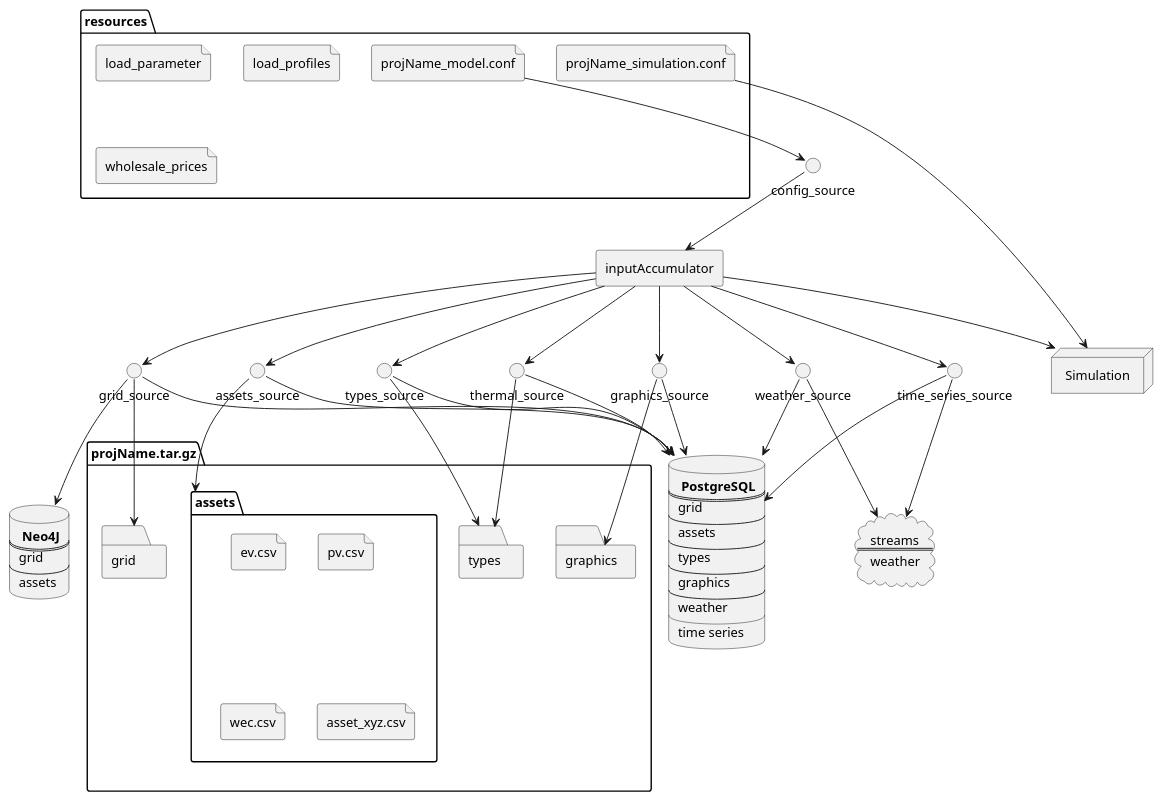
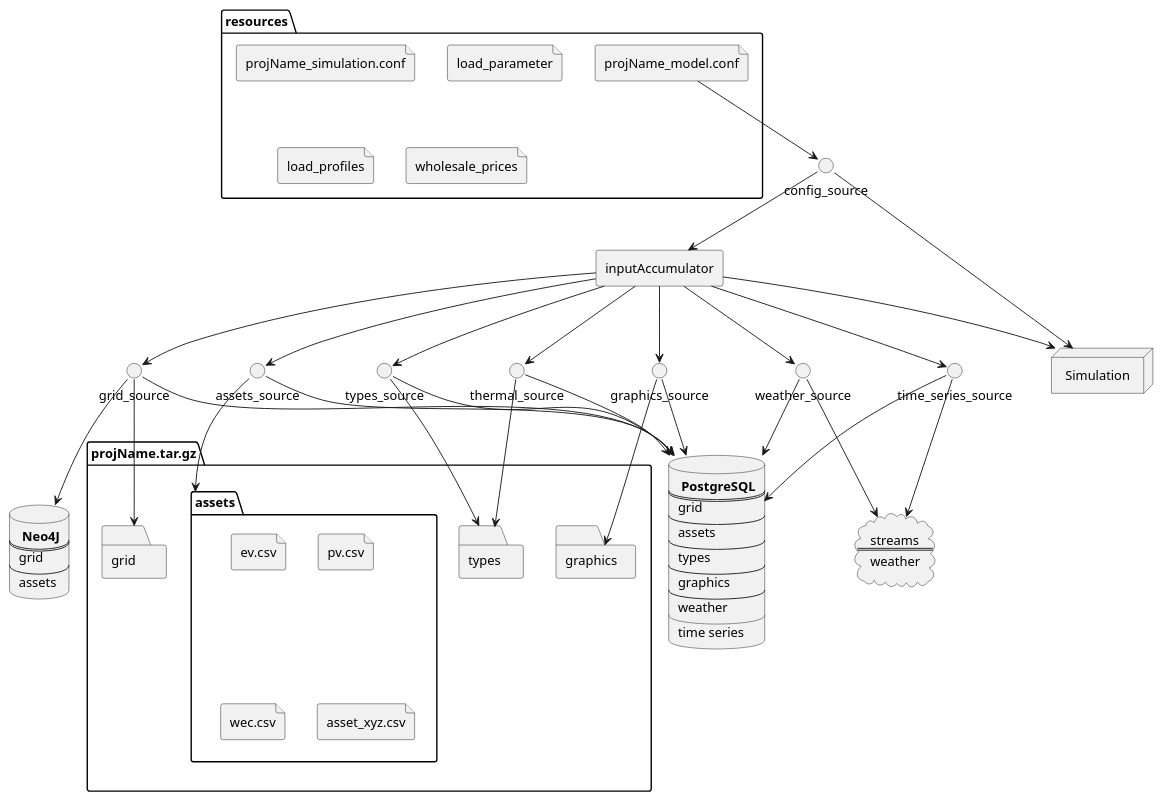
The diagram in docs/uml/main/InputDataDeployment.puml (ie3-institute/PowerSystemDataModel), drawn with PlantUML before and after one commit.

Commit message:
Minor adaption

```diff
--- a/docs/uml/main/InputDataDeployment.puml
+++ b/docs/uml/main/InputDataDeployment.puml
@@ -1,96 +1,96 @@
 @startuml
 database psql [
     <b> PostgreSQL
     ==
     grid
     --
     assets
     --
     types
     --
     graphics
     --
     weather
     __
     time series
 ]
 database neo4j [
     <b> Neo4J
     ==
     grid
     --
     assets
 ]
 folder projName.tar.gz {
 folder assets {
 file ev.csv
 file pv.csv
 file wec.csv
 file asset_xyz.csv
 }
 folder grid
 folder types
 folder graphics
 }
 folder resources {
 file projName_model.conf
 file projName_simulation.conf
 file load_parameter
 file load_profiles
 file wholesale_prices
 }
 cloud streams [
 streams
 ==
 weather
 ]
 interface grid_source
 interface assets_source
 interface types_source
 interface thermal_source
 interface graphics_source
 interface weather_source
 interface time_series_source
 interface config_source
 agent inputAccumulator
 node "Simulation"
 
 grid_source --> psql
 grid_source --> neo4j
 grid_source --> grid
 
 assets_source --> psql
 assets_source --> assets
 
 types_source --> psql
 types_source --> types
 
 thermal_source --> psql
 thermal_source --> types
 
 graphics_source --> psql
 graphics_source --> graphics
 
 weather_source --> psql
 weather_source --> streams
 
 time_series_source --> psql
 time_series_source --> streams
 
 config_source --> inputAccumulator
 
 inputAccumulator --> grid_source
 inputAccumulator --> assets_source
 inputAccumulator --> types_source
 inputAccumulator --> graphics_source
 inputAccumulator --> weather_source
 inputAccumulator --> time_series_source
 inputAccumulator --> thermal_source
 
 projName_model.conf --> config_source
 
-projName_simulation.conf --> Simulation
+config_source --> Simulation
 
 inputAccumulator --> Simulation
 
 @enduml
```
